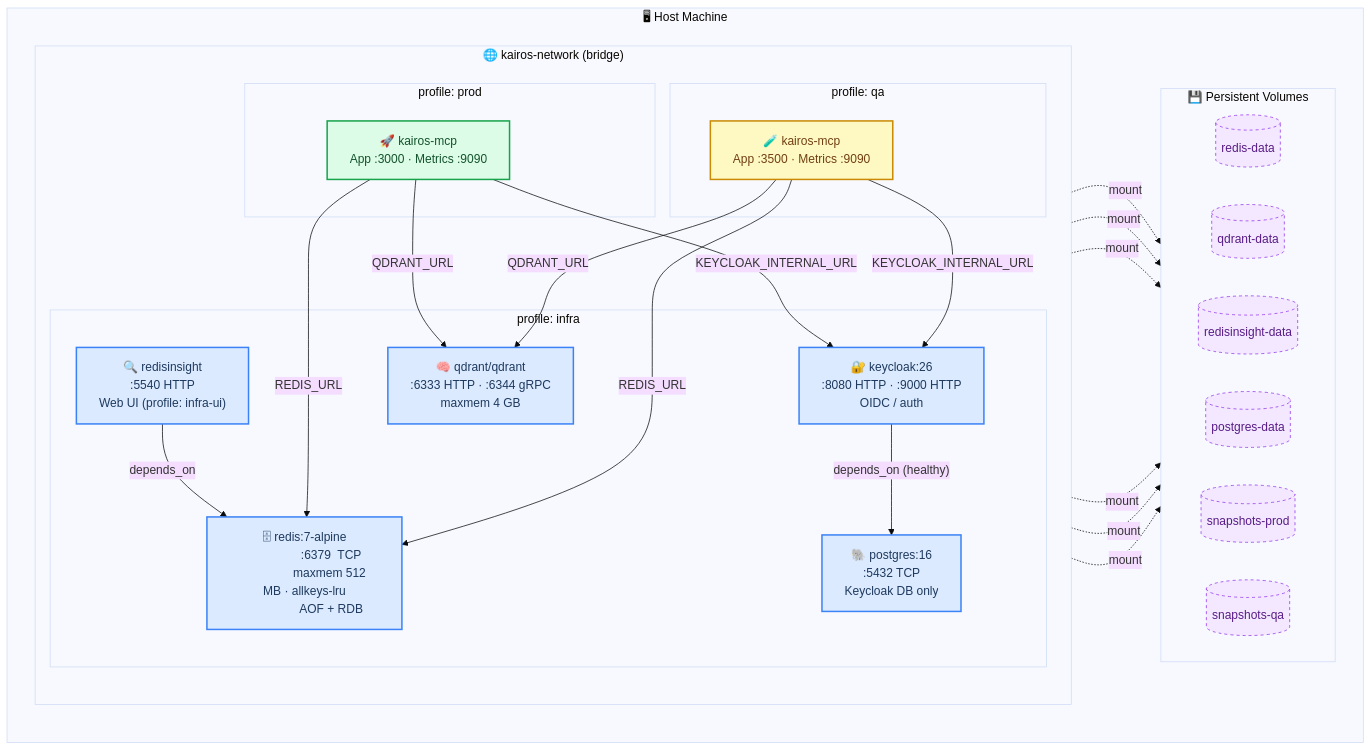
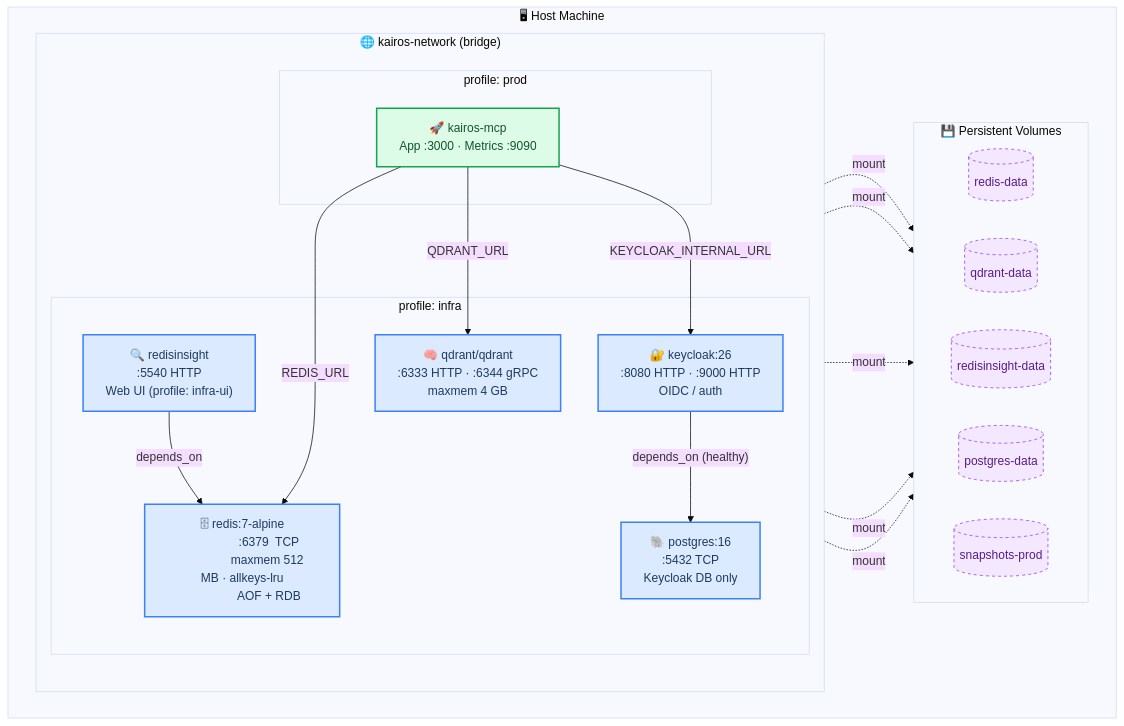
The first of 5 diagrams in docs/architecture/infrastructure.md (debian777/kairos-mcp), drawn with Mermaid (base theme) before and after one commit. The commit also changed other lines of this file and 23 other files, not shown here.

````diff
--- a/docs/architecture/infrastructure.md
+++ b/docs/architecture/infrastructure.md
@@ -40,73 +36,61 @@
 ```mermaid
 flowchart TB
     subgraph HOST["🖥  Host Machine"]
         subgraph NET["🌐  kairos-network  (bridge)"]
             direction TB
 
             subgraph INFRA["profile: infra"]
                 REDIS["🗄 redis:7-alpine
                 :6379  TCP
                 maxmem 512 MB · allkeys-lru
                 AOF + RDB"]
                 RI["🔍 redisinsight
                 :5540  HTTP
                 Web UI (profile: infra-ui)"]
                 QDRANT["🧠 qdrant/qdrant
                 :6333  HTTP · :6344  gRPC
                 maxmem 4 GB"]
                 PG["🐘 postgres:16
                 :5432  TCP
                 Keycloak DB only"]
                 KC["🔐 keycloak:26
                 :8080  HTTP · :9000  HTTP
                 OIDC / auth"]
             end
 
             subgraph PROD["profile: prod"]
                 APP["🚀 kairos-mcp
                 App :3000 · Metrics :9090"]
             end
 
-            subgraph QA["profile: qa"]
-                QAAPP["🧪 kairos-mcp
-                App :3500 · Metrics :9090"]
-            end
-
             RI    -->|"depends_on"| REDIS
             KC    -->|"depends_on (healthy)"| PG
             APP   -->|"REDIS_URL"| REDIS
             APP   -->|"QDRANT_URL"| QDRANT
-            QAAPP -->|"REDIS_URL"| REDIS
-            QAAPP -->|"QDRANT_URL"| QDRANT
             APP   -->|"KEYCLOAK_INTERNAL_URL"| KC
-            QAAPP -->|"KEYCLOAK_INTERNAL_URL"| KC
         end
 
         subgraph VOLS["💾  Persistent Volumes"]
             direction LR
             VR[("redis-data")]
             VQ[("qdrant-data")]
             VRI[("redisinsight-data")]
             VPG[("postgres-data")]
             VSP[("snapshots-prod")]
-            VSQ[("snapshots-qa")]
         end
 
         REDIS  -.->|mount| VR
         QDRANT -.->|mount| VQ
         RI     -.->|mount| VRI
         PG     -.->|mount| VPG
         APP    -.->|mount| VSP
-        QAAPP  -.->|mount| VSQ
     end
 
     classDef infrasvc fill:#dbeafe,stroke:#3b82f6,color:#1e3a5f,stroke-width:2px
     classDef appsvc   fill:#dcfce7,stroke:#16a34a,color:#14532d,stroke-width:2px
-    classDef qasvc    fill:#fef9c3,stroke:#ca8a04,color:#713f12,stroke-width:2px
     classDef vol      fill:#f3e8ff,stroke:#9333ea,color:#581c87,stroke-width:1px,stroke-dasharray:4
 
     class REDIS,RI,QDRANT,PG,KC infrasvc
     class APP appsvc
-    class QAAPP qasvc
-    class VR,VQ,VRI,VPG,VSP,VSQ vol
+    class VR,VQ,VRI,VPG,VSP vol
 ```
````
